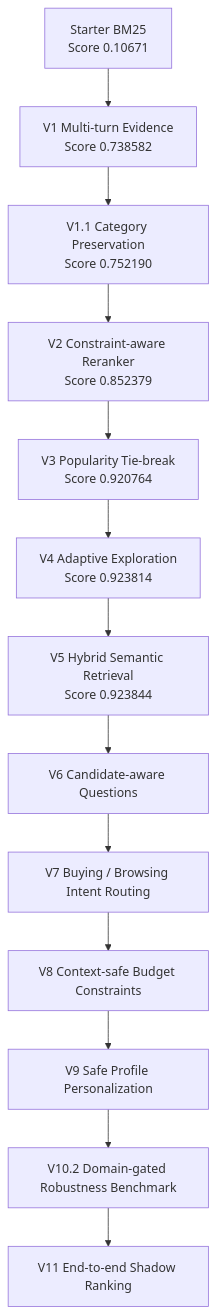
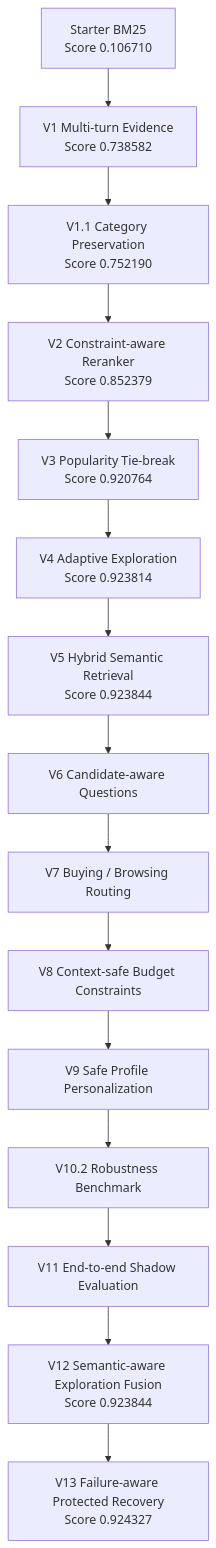
One commit to rishu1903/larpers-go-shopping changed the fourth of 5 diagrams in README.md. Above: the diagram before and after it, drawn with Mermaid. The commit also changed other lines of this file, not shown here.

Commit message:
docs: document V13 protected recovery

````diff
--- a/README.md
+++ b/README.md
@@ -146,30 +250,34 @@
 ```mermaid
 flowchart TD
-    V0[Starter BM25<br/>Score 0.10671]
+    V0[Starter BM25<br/>Score 0.106710]
 
     V1[V1 Multi-turn Evidence<br/>Score 0.738582]
 
-    V11[V1.1 Category Preservation<br/>Score 0.752190]
+    V1_1[V1.1 Category Preservation<br/>Score 0.752190]
 
     V2[V2 Constraint-aware Reranker<br/>Score 0.852379]
 
     V3[V3 Popularity Tie-break<br/>Score 0.920764]
 
     V4[V4 Adaptive Exploration<br/>Score 0.923814]
 
     V5[V5 Hybrid Semantic Retrieval<br/>Score 0.923844]
 
     V6[V6 Candidate-aware Questions]
 
-    V7[V7 Buying / Browsing Intent Routing]
+    V7[V7 Buying / Browsing Routing]
 
     V8[V8 Context-safe Budget Constraints]
 
     V9[V9 Safe Profile Personalization]
 
-    V10[V10.2 Domain-gated Robustness Benchmark]
+    V10[V10.2 Robustness Benchmark]
 
-    V11E[V11 End-to-end Shadow Ranking]
+    V11[V11 End-to-end Shadow Evaluation]
 
-    V0 --> V1 --> V11 --> V2 --> V3 --> V4 --> V5 --> V6 --> V7 --> V8 --> V9 --> V10 --> V11E
+    V12[V12 Semantic-aware Exploration Fusion<br/>Score 0.923844]
+
+    V13[V13 Failure-aware Protected Recovery<br/>Score 0.924327]
+
+    V0 --> V1 --> V1_1 --> V2 --> V3 --> V4 --> V5 --> V6 --> V7 --> V8 --> V9 --> V10 --> V11 --> V12 --> V13
 ```
````
